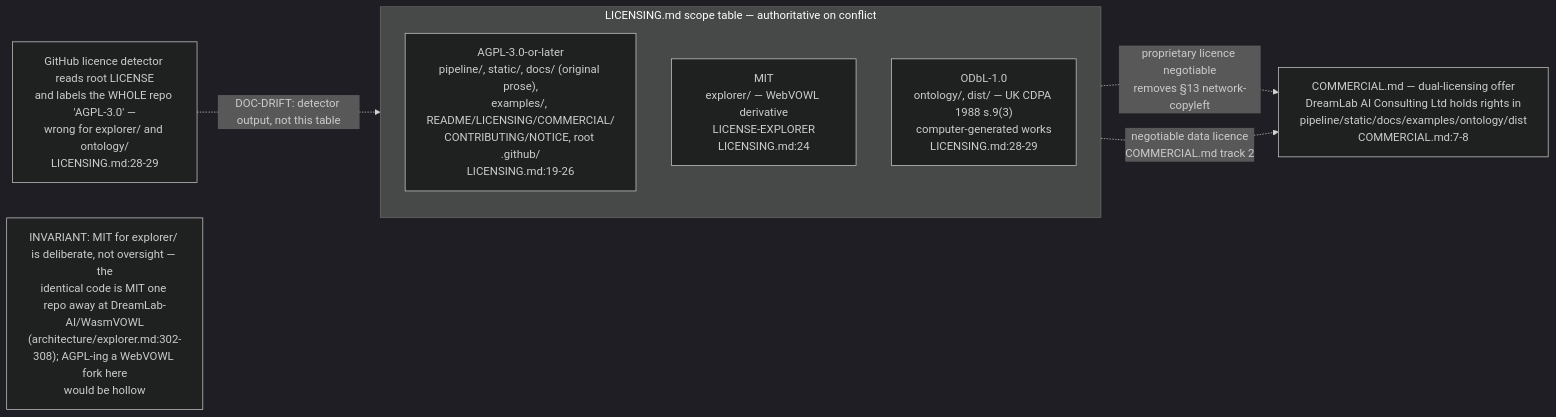
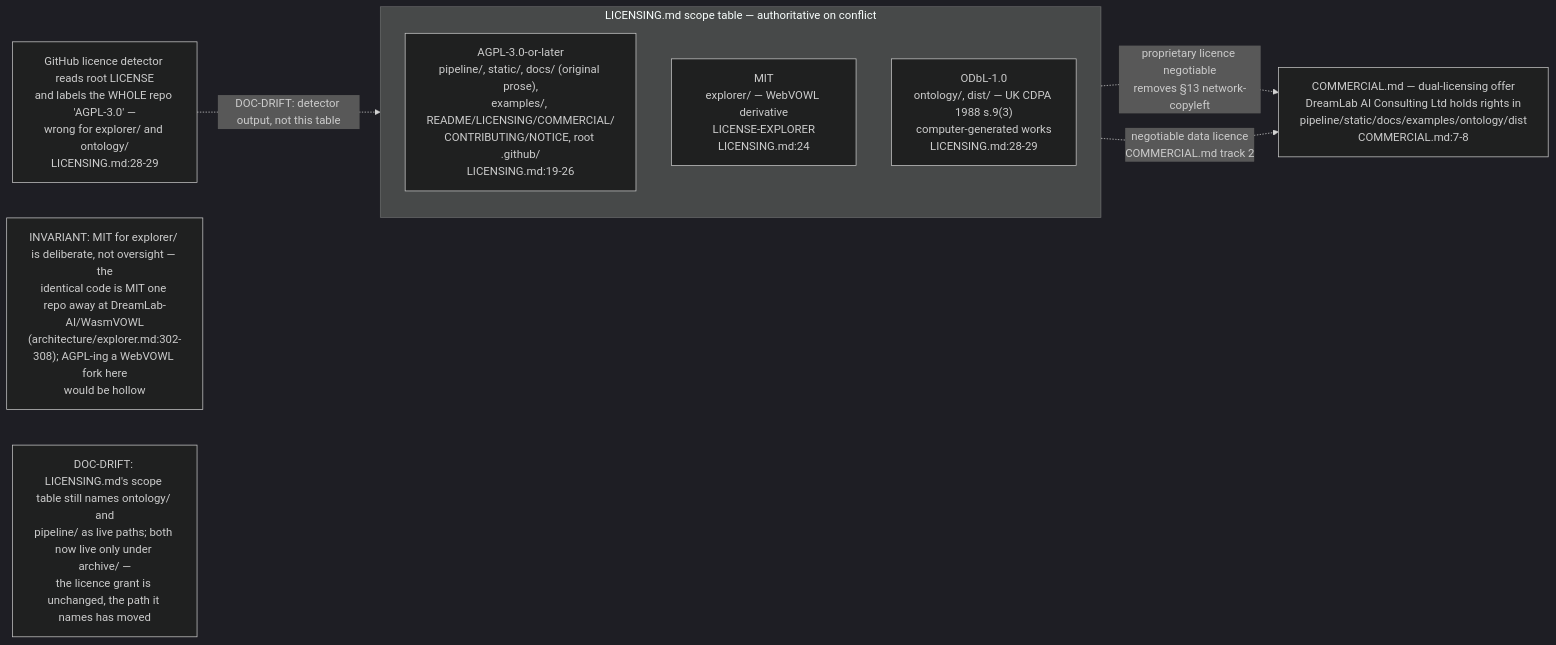
Before and after one commit to DreamLab-AI/VisionFlow: the second of 2 diagrams in docs/diagrams/knowledgegraph/01-repo-composition-and-licensing.md, drawn with Mermaid (dark theme). The commit also changed other lines of this file and 136 other files, not shown here.

First line of the commit message:
docs(diagrams): refresh the whole corpus to code HEAD and prune low-value diagrams

````diff
--- a/docs/diagrams/knowledgegraph/01-repo-composition-and-licensing.md
+++ b/docs/diagrams/knowledgegraph/01-repo-composition-and-licensing.md
@@ -48,15 +45,16 @@
 ```mermaid
 flowchart LR
     subgraph SCOPE["LICENSING.md scope table — authoritative on conflict"]
         direction TB
         AGPL["AGPL-3.0-or-later<br/>pipeline/, static/, docs/ (original prose),<br/>examples/, README/LICENSING/COMMERCIAL/<br/>CONTRIBUTING/NOTICE, root .github/<br/>LICENSING.md:19-26"]
         MIT["MIT<br/>explorer/ — WebVOWL derivative<br/>LICENSE-EXPLORER<br/>LICENSING.md:24"]
         ODBL["ODbL-1.0<br/>ontology/, dist/ — UK CDPA 1988 s.9(3)<br/>computer-generated works<br/>LICENSING.md:28-29"]
     end
     GHDETECT["GitHub licence detector reads root LICENSE<br/>and labels the WHOLE repo 'AGPL-3.0' —<br/>wrong for explorer/ and ontology/<br/>LICENSING.md:28-29"]
     GHDETECT -.->|"DOC-DRIFT: detector output, not this table"| SCOPE
     COMM["COMMERCIAL.md — dual-licensing offer<br/>DreamLab AI Consulting Ltd holds rights in<br/>pipeline/static/docs/examples/ontology/dist<br/>COMMERCIAL.md:7-8"]
     AGPL -.->|"proprietary licence negotiable<br/>removes §13 network-copyleft"| COMM
     ODBL -.->|"negotiable data licence<br/>COMMERCIAL.md track 2"| COMM
     note1["INVARIANT: MIT for explorer/ is deliberate, not oversight — the<br/>identical code is MIT one repo away at DreamLab-AI/WasmVOWL<br/>(architecture/explorer.md:302-308); AGPL-ing a WebVOWL fork here<br/>would be hollow"]
+    note2["DOC-DRIFT: LICENSING.md's scope table still names ontology/ and<br/>pipeline/ as live paths; both now live only under archive/ —<br/>the licence grant is unchanged, the path it names has moved"]
 ```
````
